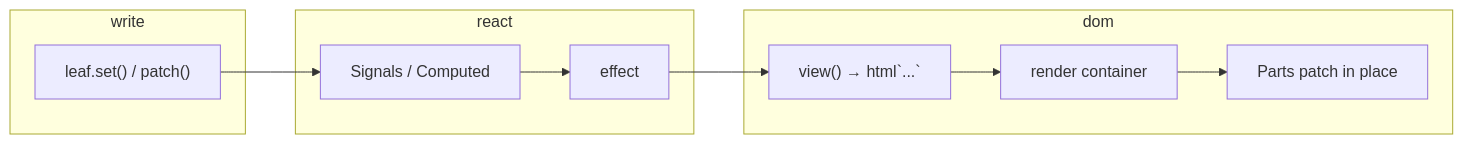
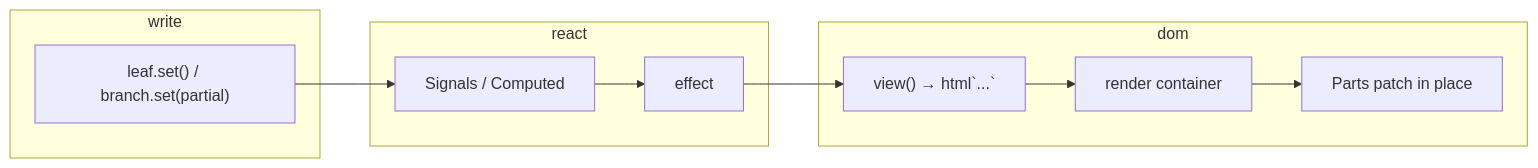
One commit to metasong/std-ui changed the diagram in std-ui/doc/signal-drives-html.md. Above: the diagram before and after it, drawn with Mermaid. The commit also changed other lines of this file and 5 other files, not shown here.

Commit message:
rename signal-tree branch partial updates from `.patch()` to `.set()`; update docs, tests, and store usage; add `signal.update` docstring and expand `buildSignalTree` coverage

````diff
--- a/std-ui/doc/signal-drives-html.md
+++ b/std-ui/doc/signal-drives-html.md
@@ -144,20 +144,20 @@
 ```mermaid
 flowchart LR
   subgraph write
-    W["leaf.set() / patch()"]
+    W["leaf.set() / branch.set(partial)"]
   end
   subgraph react
     S[Signals / Computed]
     E[effect]
   end
   subgraph dom
     V["view() → html`...`"]
     R[render container]
     P[Parts patch in place]
   end
   W --> S
   S --> E
   E --> V
   V --> R
   R --> P
 ```
````
